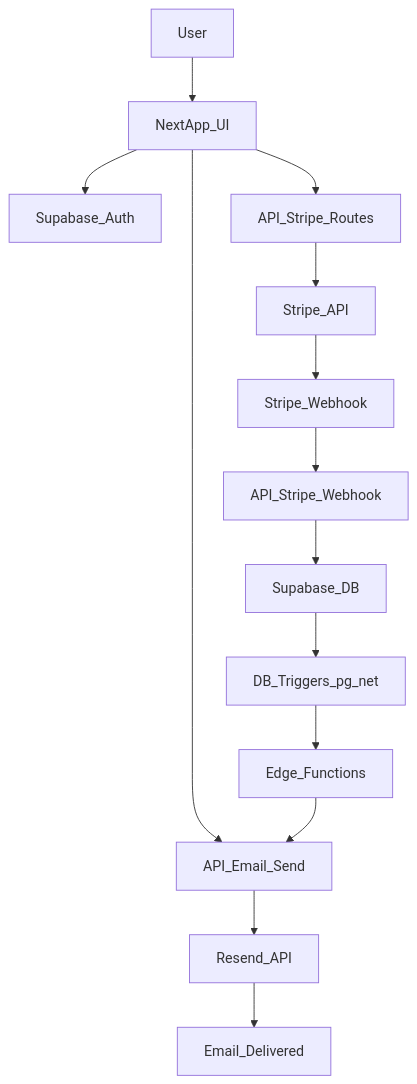
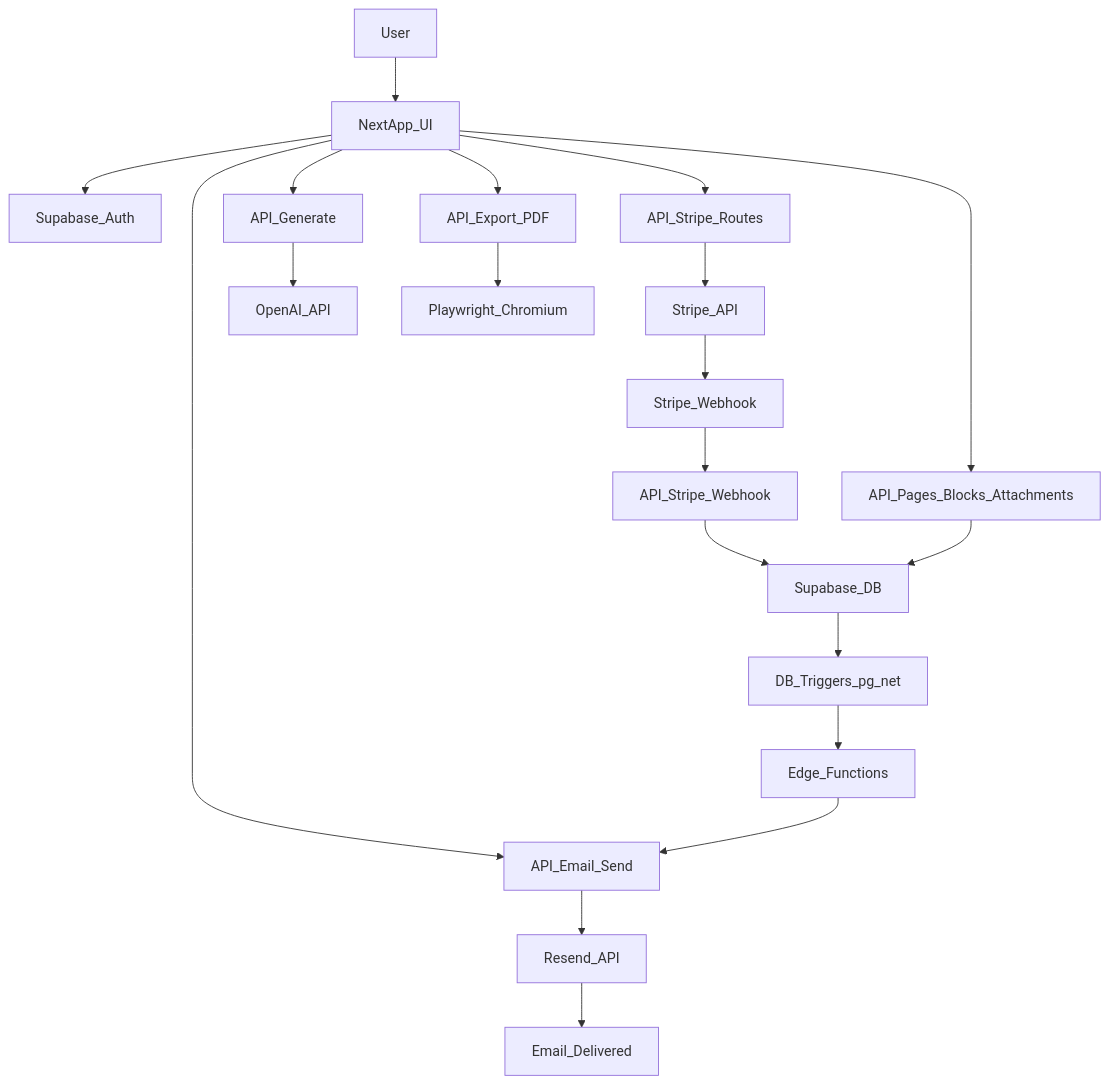
One commit to rzotr2/lernix changed the first of 2 diagrams in docs/project-guide.md. Above: the diagram before and after it, drawn with Mermaid. The commit also changed other lines of this file and 38 other files, not shown here.

````diff
--- a/docs/project-guide.md
+++ b/docs/project-guide.md
@@ -18,16 +24,22 @@
 ```mermaid
 flowchart TD
   user[User] --> ui[NextApp_UI]
   ui --> auth[Supabase_Auth]
   ui --> apiStripe[API_Stripe_Routes]
   ui --> apiEmail[API_Email_Send]
+  ui --> apiPages[API_Pages_Blocks_Attachments]
+  ui --> apiGenerate[API_Generate]
+  ui --> apiExport[API_Export_PDF]
   apiStripe --> stripe[Stripe_API]
   stripe --> webhook[Stripe_Webhook]
   webhook --> apiWebhook[API_Stripe_Webhook]
   apiWebhook --> db[Supabase_DB]
   db --> triggers[DB_Triggers_pg_net]
   triggers --> edge[Edge_Functions]
   edge --> apiEmail
   apiEmail --> resend[Resend_API]
   resend --> email[Email_Delivered]
+  apiGenerate --> openai[OpenAI_API]
+  apiExport --> playwright[Playwright_Chromium]
+  apiPages --> db
 ```
````
